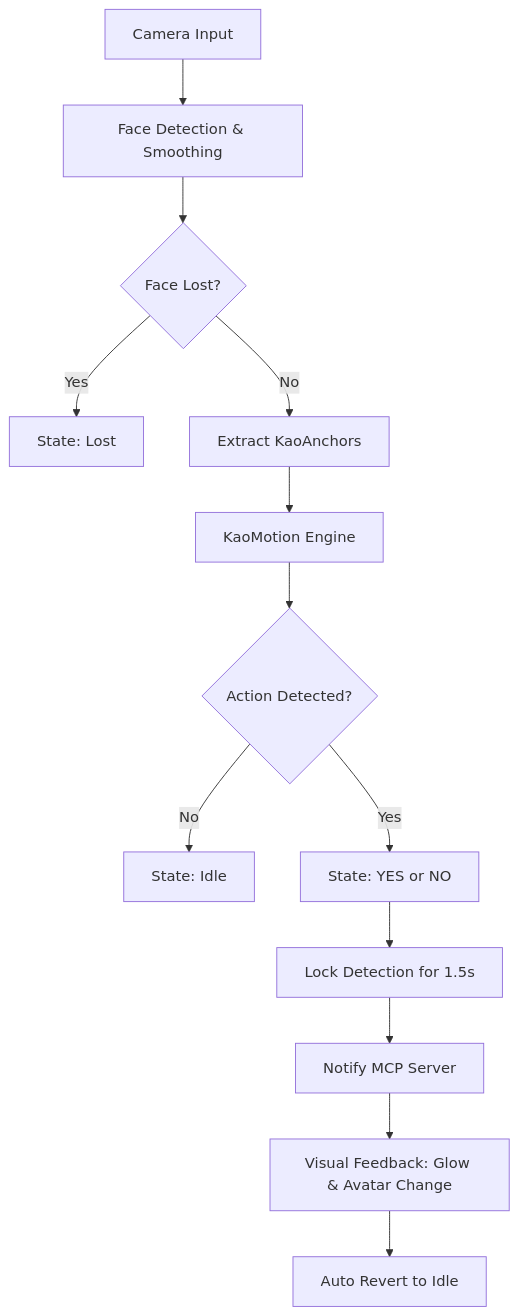
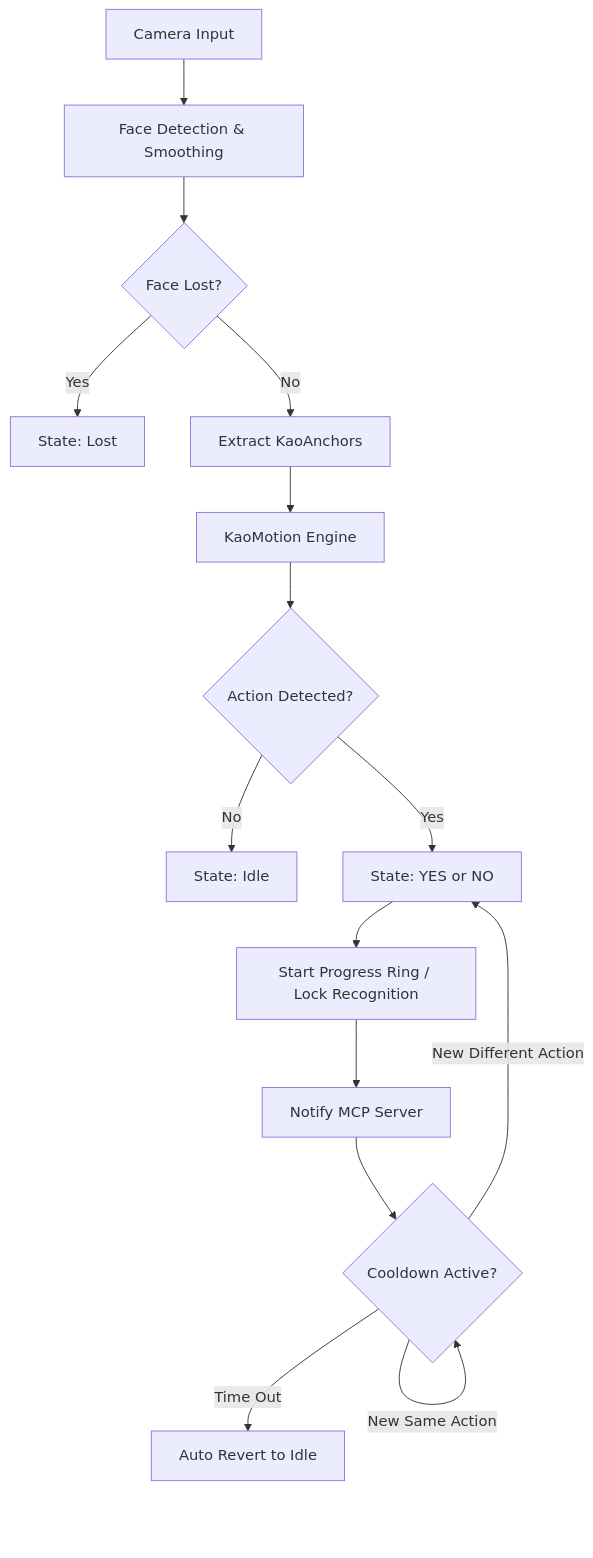
Before and after one commit to zuntan/kaoiro_concept: the diagram in ux_flows.md, drawn with Mermaid. The commit also changed other lines of this file and 2 other files, not shown here.

Commit message:
Docs: Update Progress Ring specs for debounce logic

````diff
--- a/ux_flows.md
+++ b/ux_flows.md
@@ -10,15 +10,17 @@
 ```mermaid
 graph TD
     A[Camera Input] --> B[Face Detection & Smoothing]
     B --> C{Face Lost?}
     C -- Yes --> D[State: Lost]
     C -- No --> E[Extract KaoAnchors]
     E --> F[KaoMotion Engine]
     F --> G{Action Detected?}
     G -- No --> H[State: Idle]
     G -- Yes --> I[State: YES or NO]
-    I --> J[Lock Detection for 1.5s]
+    I --> J[Start Progress Ring / Lock Recognition]
     J --> K[Notify MCP Server]
-    K --> L[Visual Feedback: Glow & Avatar Change]
-    L --> M[Auto Revert to Idle]
+    K --> L{Cooldown Active?}
+    L -- New Same Action --> L
+    L -- New Different Action --> I
+    L -- Time Out --> M[Auto Revert to Idle]
 ```
````
